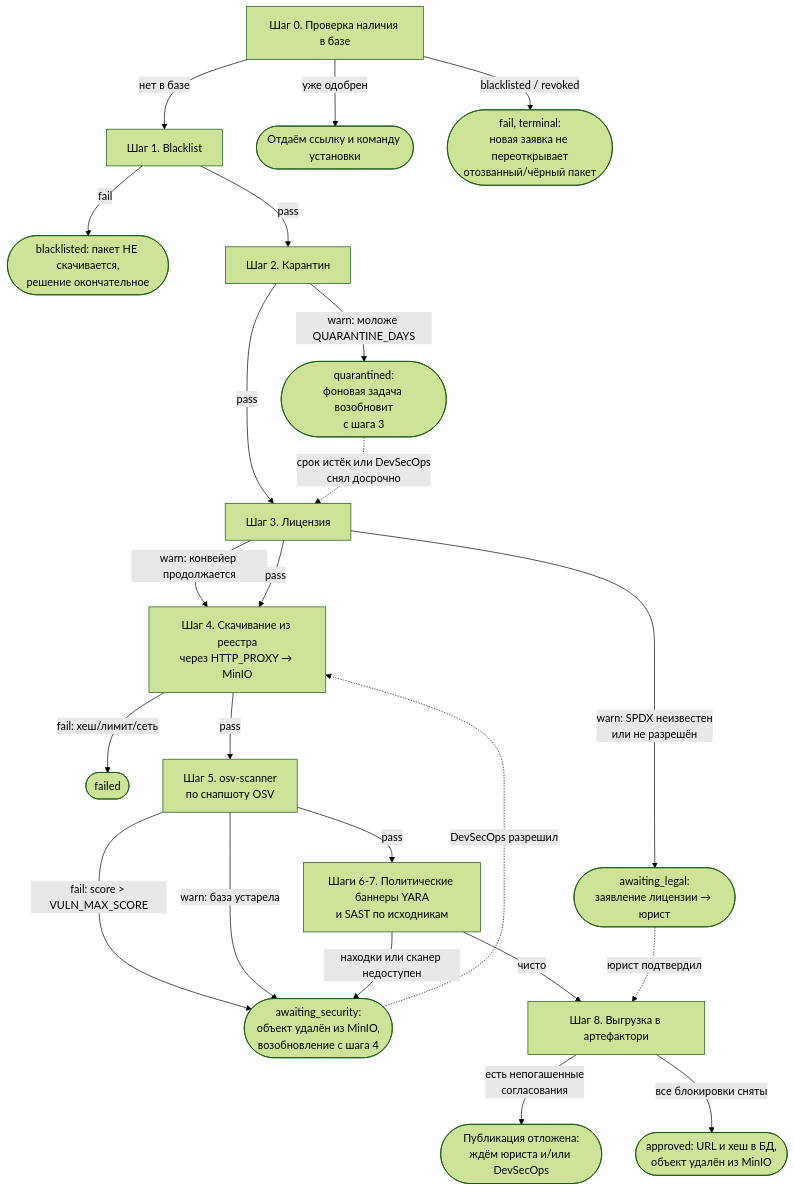
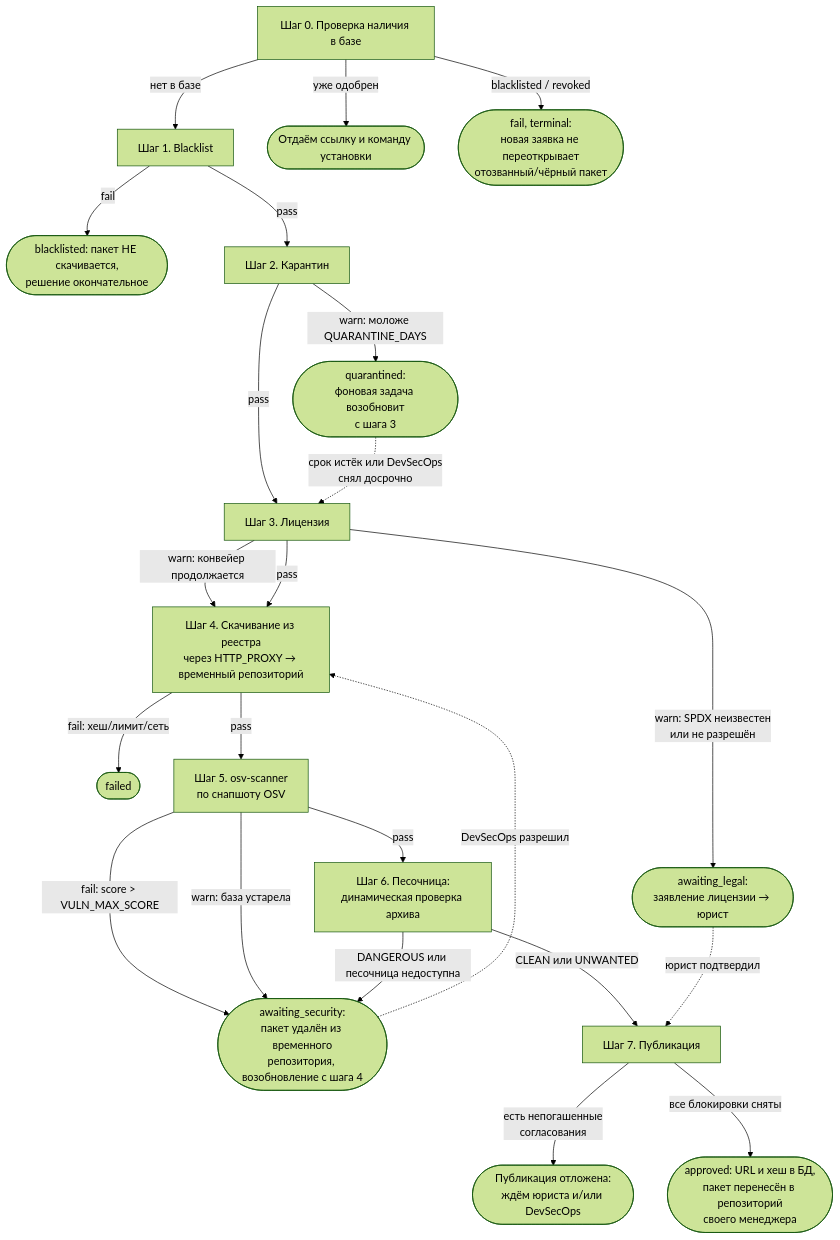
The first of 2 diagrams in docs/architecture.md (SL1MP/Moder_repo), drawn with Mermaid (forest theme) before and after one commit. The commit also changed other lines of this file and 11 other files, not shown here.

````diff
--- a/docs/architecture.md
+++ b/docs/architecture.md
@@ -50,25 +51,25 @@
 ```mermaid
 flowchart TD
     S0[Шаг 0. Проверка наличия в базе] -->|нет в базе| S1[Шаг 1. Blacklist]
     S0 -->|уже одобрен| DONE0([Отдаём ссылку и команду установки])
     S0 -->|blacklisted / revoked| BL0([fail, terminal:<br/>новая заявка не переоткрывает<br/>отозванный/чёрный пакет])
     S1 -->|fail| BL([blacklisted: пакет НЕ скачивается,<br/>решение окончательное])
     S1 -->|pass| S2[Шаг 2. Карантин]
     S2 -->|warn: моложе QUARANTINE_DAYS| Q([quarantined:<br/>фоновая задача возобновит<br/>с шага 3])
     S2 -->|pass| S3[Шаг 3. Лицензия]
     S3 -->|warn: SPDX неизвестен<br/>или не разрешён| L([awaiting_legal:<br/>заявление лицензии → юрист])
     S3 -->|warn: конвейер продолжается| S4
-    S3 -->|pass| S4[Шаг 4. Скачивание из реестра<br/>через HTTP_PROXY → MinIO]
+    S3 -->|pass| S4[Шаг 4. Скачивание из реестра<br/>через HTTP_PROXY → временный репозиторий]
     S4 -->|fail: хеш/лимит/сеть| F([failed])
     S4 -->|pass| S5[Шаг 5. osv-scanner<br/>по снапшоту OSV]
-    S5 -->|fail: score &gt; VULN_MAX_SCORE| SEC([awaiting_security:<br/>объект удалён из MinIO,<br/>возобновление с шага 4])
+    S5 -->|fail: score &gt; VULN_MAX_SCORE| SEC([awaiting_security:<br/>пакет удалён из временного<br/>репозитория, возобновление с шага 4])
     S5 -->|warn: база устарела| SEC
-    S5 -->|pass| S6B[Шаги 6-7. Политические баннеры YARA<br/>и SAST по исходникам]
-    S6B -->|находки или сканер недоступен| SEC
-    S6B -->|чисто| S6[Шаг 8. Выгрузка в артефактори]
+    S5 -->|pass| S6B[Шаг 6. Песочница:<br/>динамическая проверка архива]
+    S6B -->|DANGEROUS или песочница недоступна| SEC
+    S6B -->|CLEAN или UNWANTED| S6[Шаг 7. Публикация]
     S6 -->|есть непогашенные<br/>согласования| WAIT([Публикация отложена:<br/>ждём юриста и/или DevSecOps])
-    S6 -->|все блокировки сняты| OK([approved: URL и хеш в БД,<br/>объект удалён из MinIO])
+    S6 -->|все блокировки сняты| OK([approved: URL и хеш в БД,<br/>пакет перенесён в репозиторий<br/>своего менеджера])
     L -.->|юрист подтвердил| S6
     Q -.->|срок истёк или DevSecOps<br/>снял досрочно| S3
     SEC -.->|DevSecOps разрешил| S4
 ```
````
